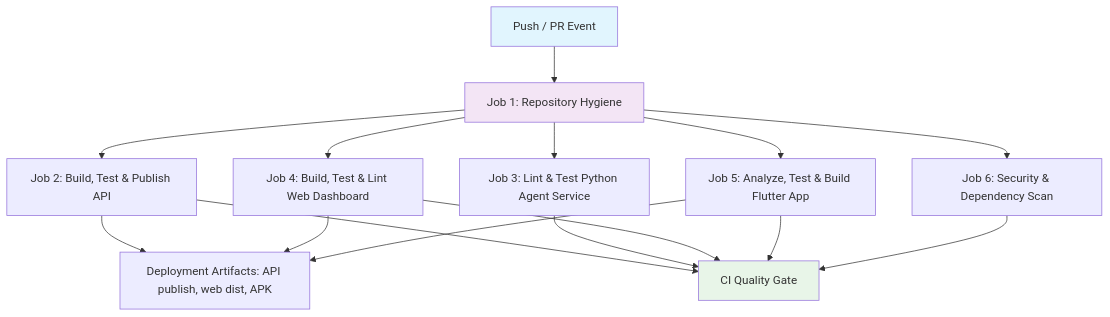
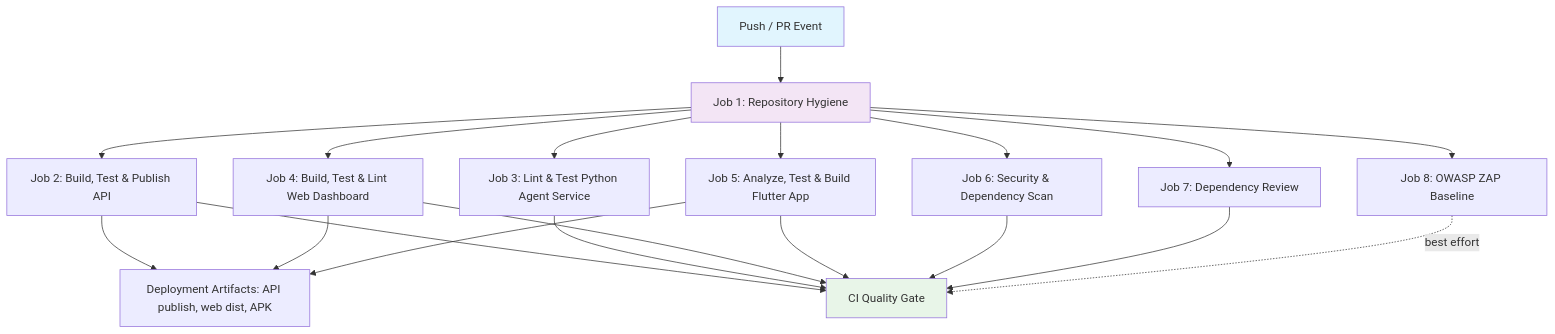
The diagram in spec/spec-process-cicd-ci.md (KavinduNirmal/aveline), drawn with Mermaid before and after one commit. The commit also changed other lines of this file and 30 other files, not shown here.

````diff
--- a/spec/spec-process-cicd-ci.md
+++ b/spec/spec-process-cicd-ci.md
@@ -23,21 +23,25 @@
 ```mermaid
 graph TD
     Trigger[Push / PR Event] --> Hygiene[Job 1: Repository Hygiene]
     Hygiene --> BuildApi[Job 2: Build, Test & Publish API]
     Hygiene --> TestPython[Job 3: Lint & Test Python Agent Service]
     Hygiene --> TestWeb[Job 4: Build, Test & Lint Web Dashboard]
     Hygiene --> TestFlutter[Job 5: Analyze, Test & Build Flutter App]
     Hygiene --> Security[Job 6: Security & Dependency Scan]
+    Hygiene --> DepReview[Job 7: Dependency Review]
+    Hygiene --> Zap[Job 8: OWASP ZAP Baseline]
     BuildApi --> Artifacts[Deployment Artifacts: API publish, web dist, APK]
     TestWeb --> Artifacts
     TestFlutter --> Artifacts
     BuildApi --> Gate[CI Quality Gate]
     TestPython --> Gate
     TestWeb --> Gate
     TestFlutter --> Gate
     Security --> Gate
+    DepReview --> Gate
+    Zap -. best effort .-> Gate
 
     style Trigger fill:#e1f5fe
     style Hygiene fill:#f3e5f5
     style Gate fill:#e8f5e8
 ```
````
